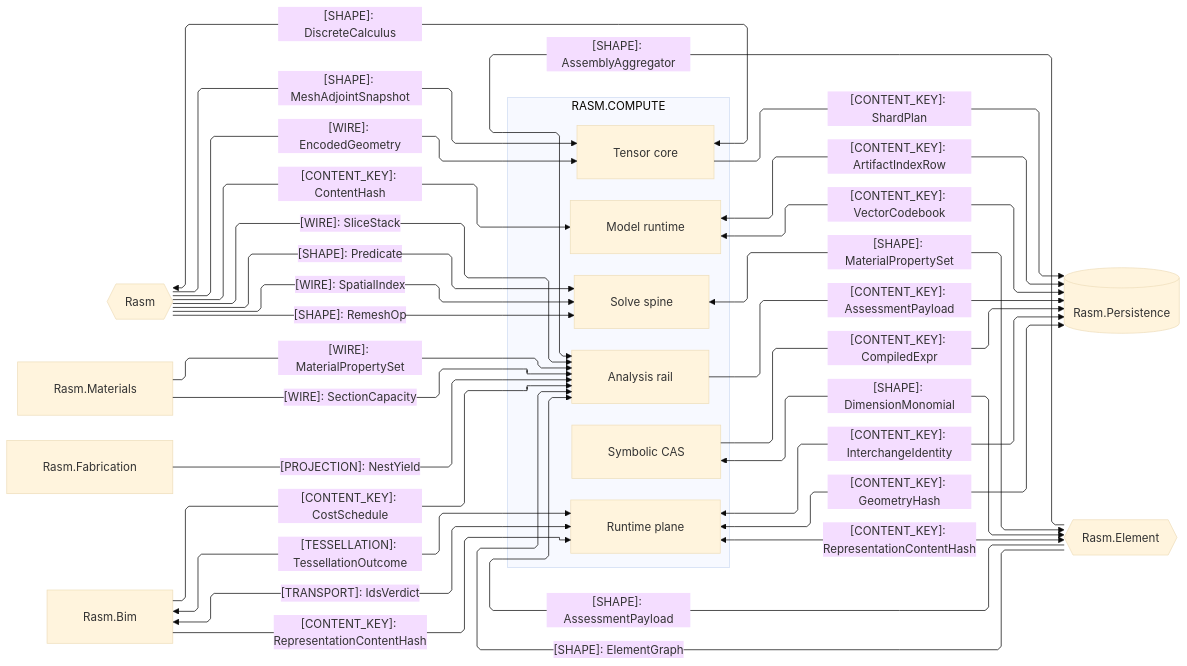
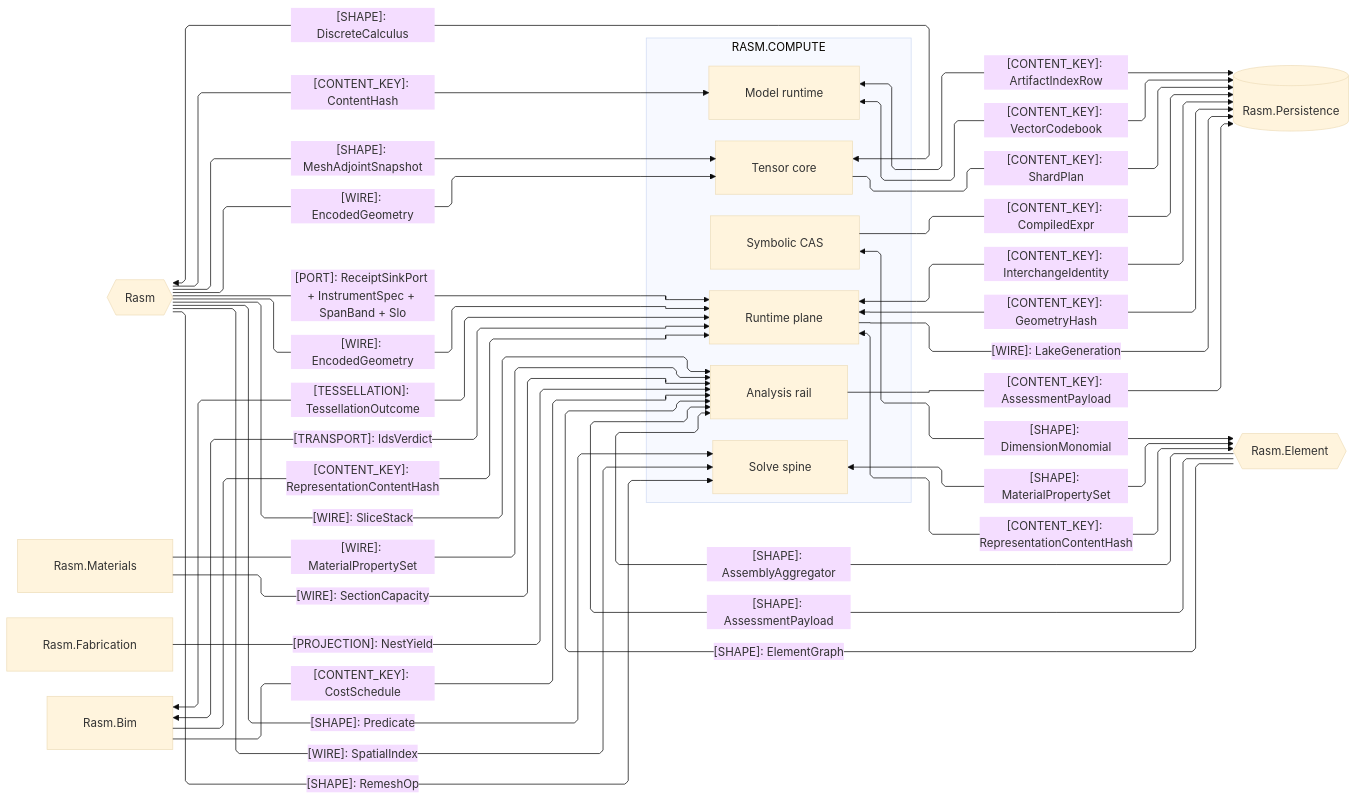
The second of 4 diagrams in libs/csharp/Rasm.Compute/ARCHITECTURE.md (bsamiee/Rasm), drawn with Mermaid (base theme) before and after one commit. The commit also changed other lines of this file and 249 other files, not shown here.

````diff
--- a/libs/csharp/Rasm.Compute/ARCHITECTURE.md
+++ b/libs/csharp/Rasm.Compute/ARCHITECTURE.md
@@ -132,54 +132,57 @@
 ```mermaid
 ---
 config:
   layout: elk
   flowchart:
     curve: linear
     padding: 25
 ---
 flowchart LR
     accTitle: Compute AEC-domain and storage seams
     accDescr: Compute sub-domain owners exchanging content keys, neutral shapes, wires, projections, transport, and tessellation with the kernel, the Element/Materials/Bim/Fabrication AEC peers, and the persistence store, one edge per contract family labeled by kind and shared shape.
     subgraph compute[RASM.COMPUTE]
         Model[Model runtime]
         Tensor[Tensor core]
         Solver[Solve spine]
         Symbolic[Symbolic CAS]
         Analysis[Analysis rail]
         Runtime[Runtime plane]
     end
     Rasm{{Rasm}}
     Persistence[(Rasm.Persistence)]
     Element{{Rasm.Element}}
     Materials[Rasm.Materials]
     Fabrication[Rasm.Fabrication]
     Bim[Rasm.Bim]
     Rasm e1@-->|"[CONTENT_KEY]: ContentHash"| Model
+    Rasm e22@-->|"[PORT]: ReceiptSinkPort + InstrumentSpec + SpanBand + Slo"| Runtime
     Rasm e2@-->|"[SHAPE]: Predicate"| Solver
     Tensor e3@<-->|"[SHAPE]: DiscreteCalculus"| Rasm
     Rasm e4@-->|"[WIRE]: SliceStack"| Analysis
     Rasm e18@-->|"[SHAPE]: MeshAdjointSnapshot"| Tensor
     Rasm e19@-->|"[WIRE]: SpatialIndex"| Solver
     Rasm e20@-->|"[SHAPE]: RemeshOp"| Solver
     Rasm e21@-->|"[WIRE]: EncodedGeometry"| Tensor
     Model e15@<-->|"[CONTENT_KEY]: ArtifactIndexRow"| Persistence
     Model e27@<-->|"[CONTENT_KEY]: VectorCodebook"| Persistence
     Tensor e16@-->|"[CONTENT_KEY]: ShardPlan"| Persistence
     Symbolic e14@-->|"[CONTENT_KEY]: CompiledExpr"| Persistence
     Analysis e13@-->|"[CONTENT_KEY]: AssessmentPayload"| Persistence
     Runtime e17@<-->|"[CONTENT_KEY]: InterchangeIdentity"| Persistence
     Runtime e28@<-->|"[CONTENT_KEY]: GeometryHash"| Persistence
+    Runtime e29@-->|"[WIRE]: LakeGeneration"| Persistence
+    Rasm e30@-->|"[WIRE]: EncodedGeometry"| Runtime
     Solver e8@<-->|"[SHAPE]: MaterialPropertySet"| Element
     Symbolic e7@<-->|"[SHAPE]: DimensionMonomial"| Element
     Element e5@-->|"[SHAPE]: ElementGraph"| Analysis
     Element e22@-->|"[SHAPE]: AssessmentPayload"| Analysis
     Runtime e6@<-->|"[CONTENT_KEY]: RepresentationContentHash"| Element
     Element e10@-->|"[SHAPE]: AssemblyAggregator"| Analysis
     Materials e9@-->|"[WIRE]: MaterialPropertySet"| Analysis
     Materials e23@-->|"[WIRE]: SectionCapacity"| Analysis
     Fabrication e12@-->|"[PROJECTION]: NestYield"| Analysis
     Bim e11@<-->|"[TESSELLATION]: TessellationOutcome"| Runtime
     Bim e24@<-->|"[TRANSPORT]: IdsVerdict"| Runtime
     Bim e25@-->|"[CONTENT_KEY]: RepresentationContentHash"| Runtime
     Bim e26@-->|"[CONTENT_KEY]: CostSchedule"| Analysis
 ```
````
